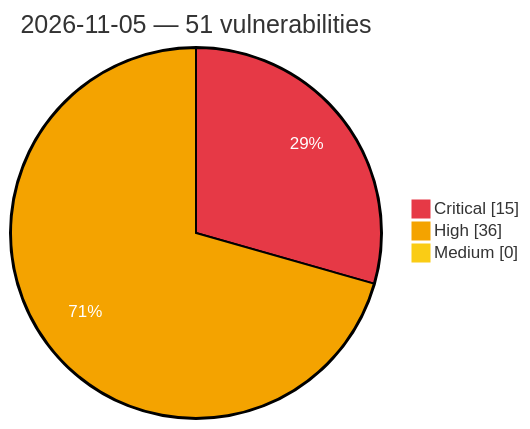
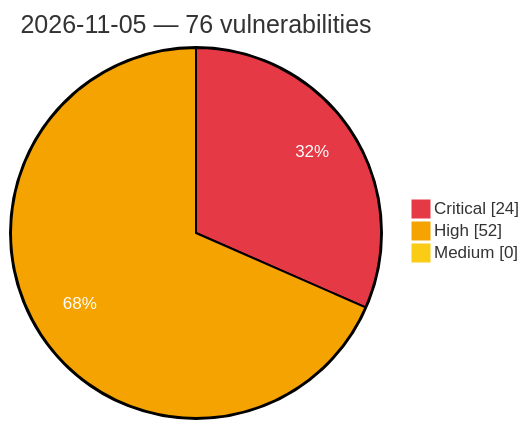
One commit to GhostX0X/vuln-tracker changed the diagram in vulnerabilities/2026/November/2026-11-05.md. Above: the diagram before and after it, drawn with Mermaid. The commit also changed other lines of this file and 5 other files, not shown here.

Commit message:
Auto update: critical/high vulns (2026-11-05 23:50 UTC)

````diff
--- a/vulnerabilities/2026/November/2026-11-05.md
+++ b/vulnerabilities/2026/November/2026-11-05.md
@@ -3,8 +3,8 @@
 ```mermaid
 %%{init: {'theme':'base', 'themeVariables': {'pie1':'#e63946', 'pie2':'#f4a300', 'pie3':'#facc15', 'pieOpacity':'1', 'pieOuterStrokeWidth':'2px', 'pieSectionTextColor':'#ffffff'}}}%%
 pie showData
-    title 2026-11-05 — 51 vulnerabilities
-    "Critical" : 15
-    "High" : 36
+    title 2026-11-05 — 76 vulnerabilities
+    "Critical" : 24
+    "High" : 52
     "Medium" : 0
 ```
````
